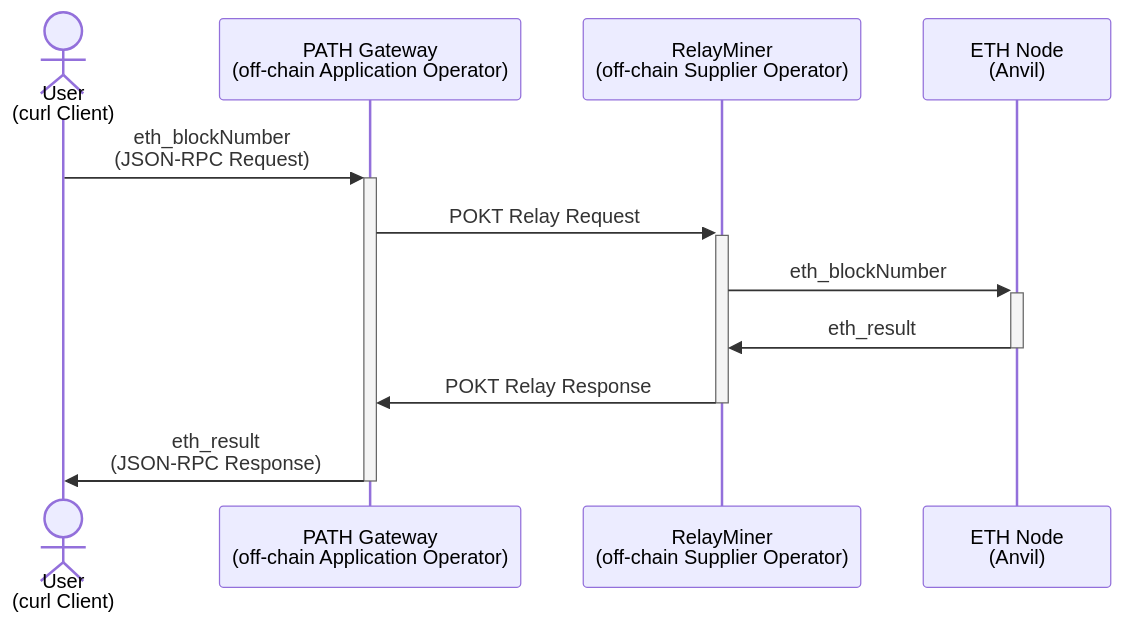
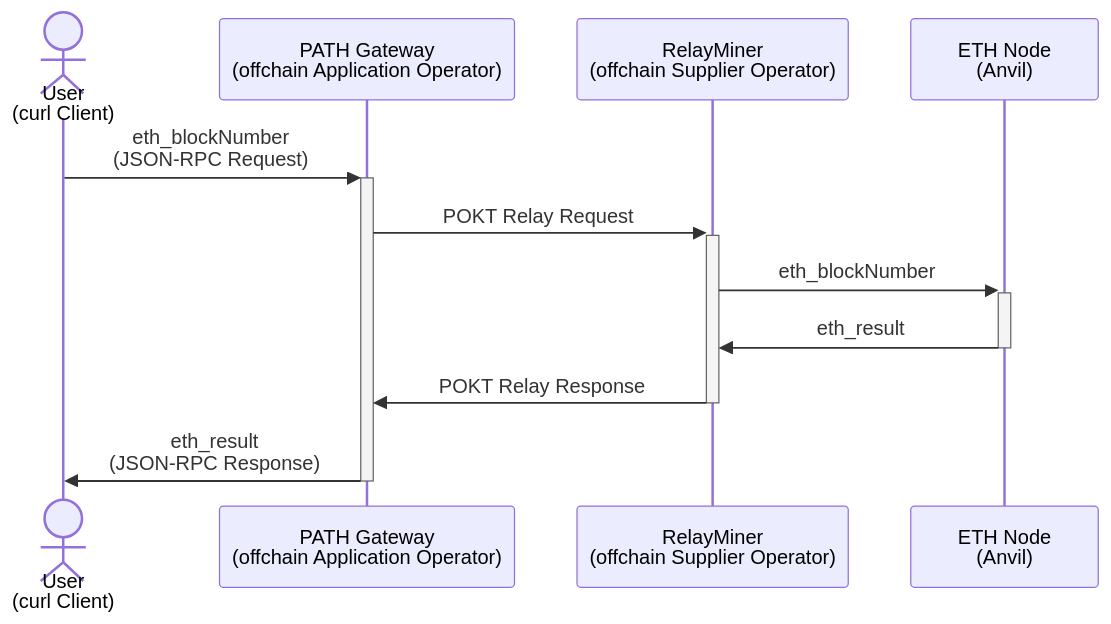
One commit to pokt-network/poktroll changed the first of 2 diagrams in docusaurus/docs/develop/developer_guide/quickstart.md. Above: the diagram before and after it, drawn with Mermaid. The commit also changed other lines of this file and 152 other files, not shown here.

Commit message:
chore: Replace on/off-chain with on/offchain

````diff
--- a/docusaurus/docs/develop/developer_guide/quickstart.md
+++ b/docusaurus/docs/develop/developer_guide/quickstart.md
@@ -577,15 +577,15 @@
 ```mermaid
 sequenceDiagram
   actor U as User <br> (curl Client)
 
-  participant PG as PATH Gateway<br> (off-chain Application Operator)
-  participant RM as RelayMiner <br> (off-chain Supplier Operator)
+  participant PG as PATH Gateway<br> (offchain Application Operator)
+  participant RM as RelayMiner <br> (offchain Supplier Operator)
   participant anvil as ETH Node <br> (Anvil)
 
   U ->> +PG: eth_blockNumber <br> (JSON-RPC Request)
   PG ->> +RM: POKT Relay Request
   RM ->> +anvil: eth_blockNumber
   anvil ->> -RM: eth_result
   RM ->> -PG: POKT  Relay Response
   PG ->> -U: eth_result  <br> (JSON-RPC Response)
 ```
````
